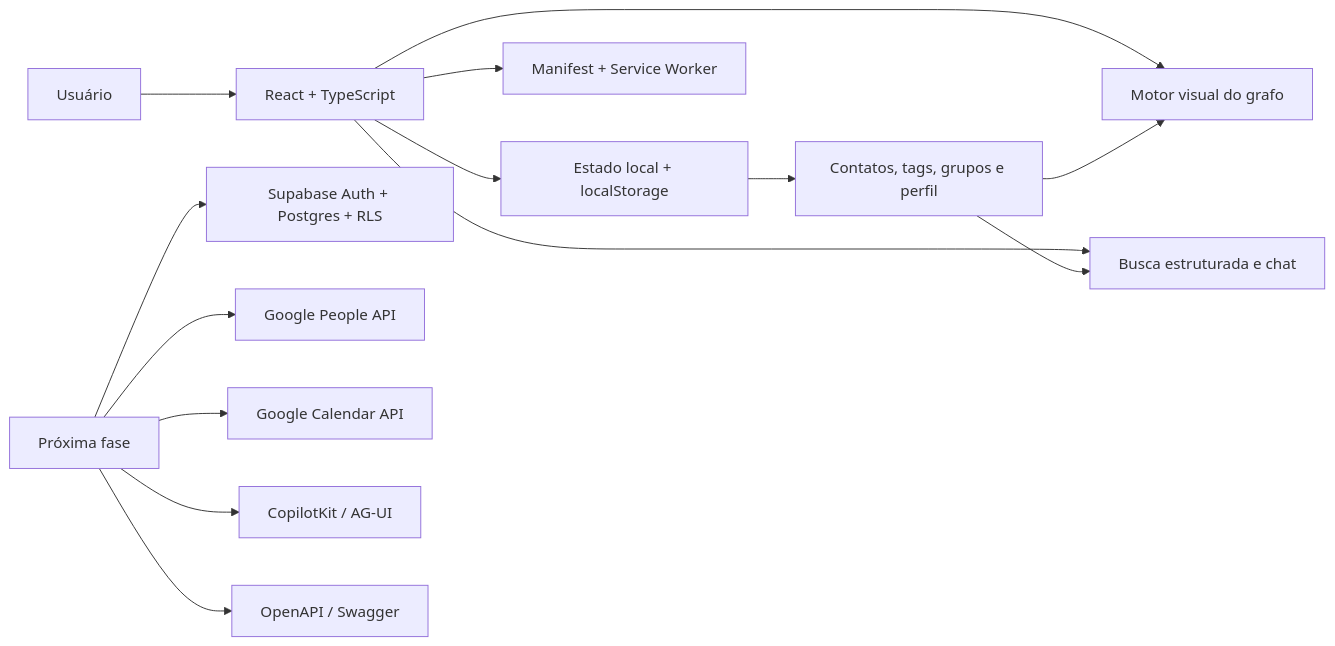
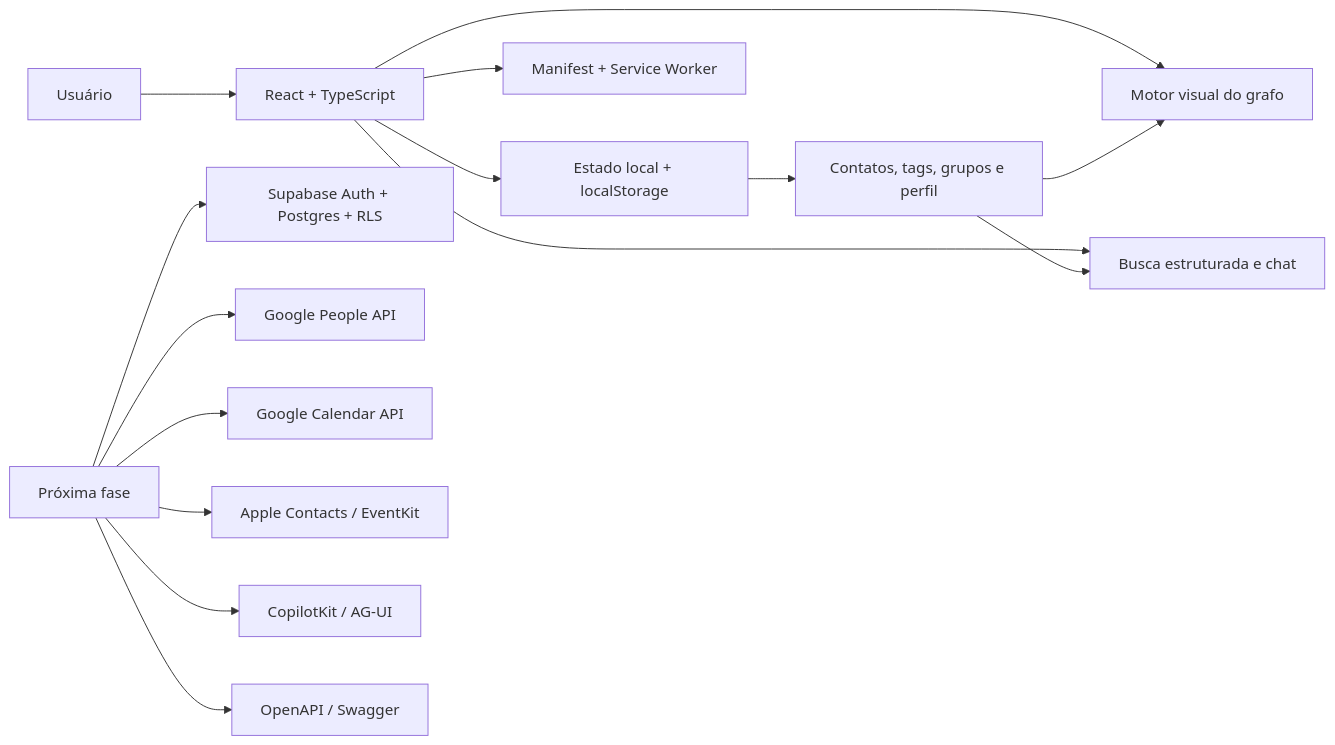
The diagram in README.md (Leninn-Marinho-Rodrigues/grafy-cogmo-prototype), drawn with Mermaid before and after one commit. The commit also changed other lines of this file and 11 other files, not shown here.

Commit message:
Add dual landing pages and Apple import flow

````diff
--- a/README.md
+++ b/README.md
@@ -76,18 +80,19 @@
 ```mermaid
 flowchart LR
   Usuario["Usuário"] --> UI["React + TypeScript"]
   UI --> Estado["Estado local + localStorage"]
   UI --> PWA["Manifest + Service Worker"]
   UI --> Grafo["Motor visual do grafo"]
   UI --> Busca["Busca estruturada e chat"]
 
   Estado --> Contatos["Contatos, tags, grupos e perfil"]
   Contatos --> Grafo
   Contatos --> Busca
 
   Futuro["Próxima fase"] --> Supabase["Supabase Auth + Postgres + RLS"]
   Futuro --> Google["Google People API"]
   Futuro --> Calendar["Google Calendar API"]
+  Futuro --> Apple["Apple Contacts / EventKit"]
   Futuro --> IA["CopilotKit / AG-UI"]
   Futuro --> OpenAPI["OpenAPI / Swagger"]
 ```
````
